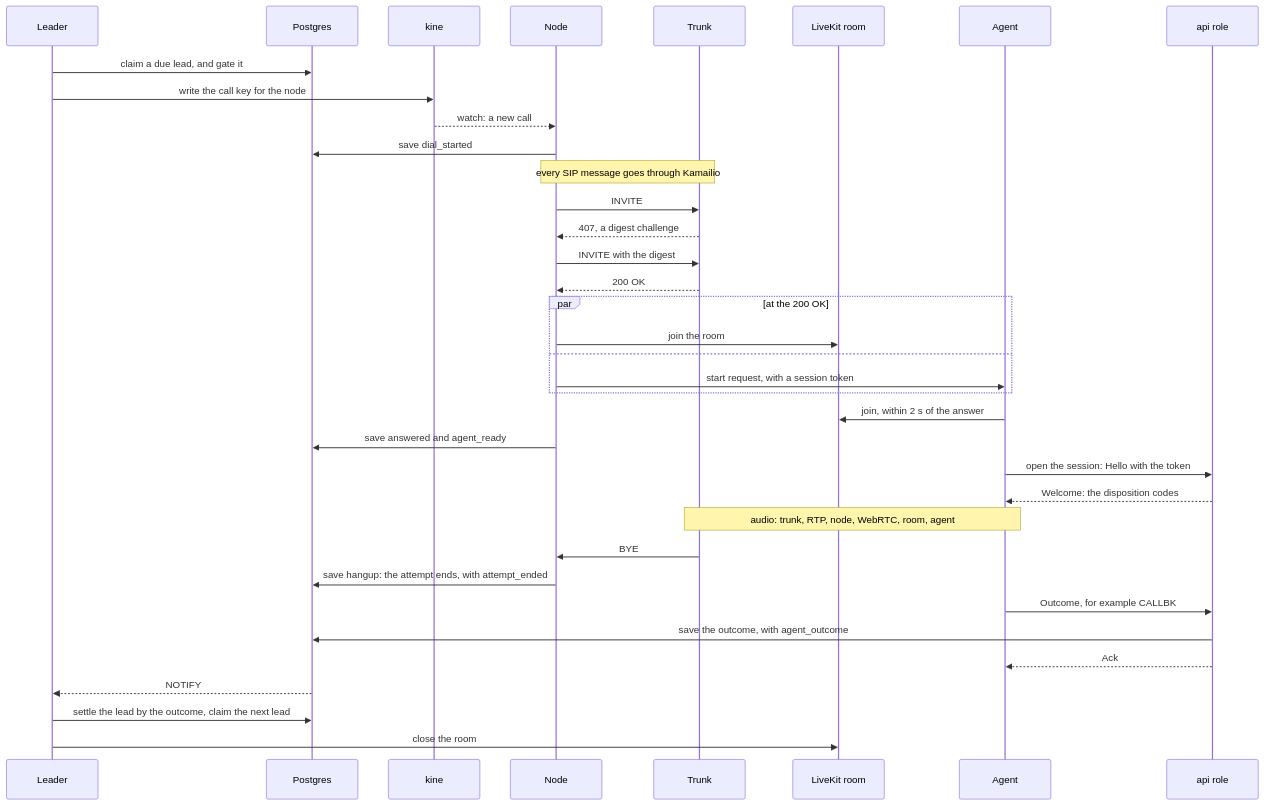
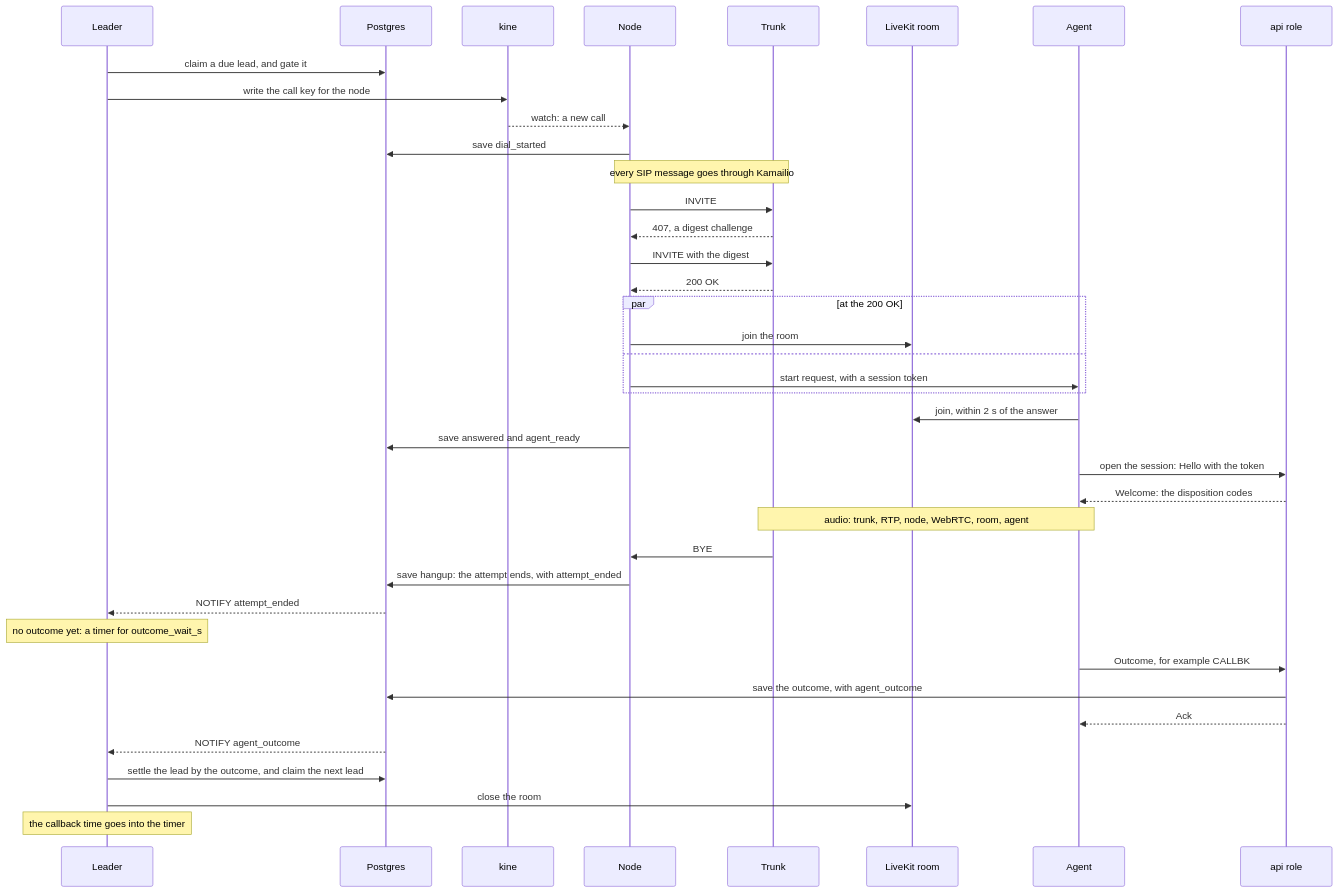
The sixth of 10 diagrams in README.md (sandys/swarmpbx), drawn with Mermaid before and after one commit. The commit also changed other lines of this file and 84 other files, not shown here.

````diff
--- a/README.md
+++ b/README.md
@@ -215,38 +258,41 @@
 ```mermaid
 sequenceDiagram
     participant L as Leader
     participant PG as Postgres
     participant KI as kine
     participant N as Node
     participant T as Trunk
     participant R as LiveKit room
     participant A as Agent
     participant API as api role
     L->>PG: claim a due lead, and gate it
     L->>KI: write the call key for the node
     KI-->>N: watch: a new call
     N->>PG: save dial_started
     Note over N,T: every SIP message goes through Kamailio
     N->>T: INVITE
     T-->>N: 407, a digest challenge
     N->>T: INVITE with the digest
     T-->>N: 200 OK
     par at the 200 OK
         N->>R: join the room
     and
         N->>A: start request, with a session token
     end
     A->>R: join, within 2 s of the answer
     N->>PG: save answered and agent_ready
     A->>API: open the session: Hello with the token
     API-->>A: Welcome: the disposition codes
     Note over T,A: audio: trunk, RTP, node, WebRTC, room, agent
     T->>N: BYE
     N->>PG: save hangup: the attempt ends, with attempt_ended
+    PG-->>L: NOTIFY attempt_ended
+    Note over L: no outcome yet: a timer for outcome_wait_s
     A->>API: Outcome, for example CALLBK
     API->>PG: save the outcome, with agent_outcome
     API-->>A: Ack
-    PG-->>L: NOTIFY
-    L->>PG: settle the lead by the outcome, claim the next lead
+    PG-->>L: NOTIFY agent_outcome
+    L->>PG: settle the lead by the outcome, and claim the next lead
     L->>R: close the room
+    Note over L: the callback time goes into the timer
 ```
````
